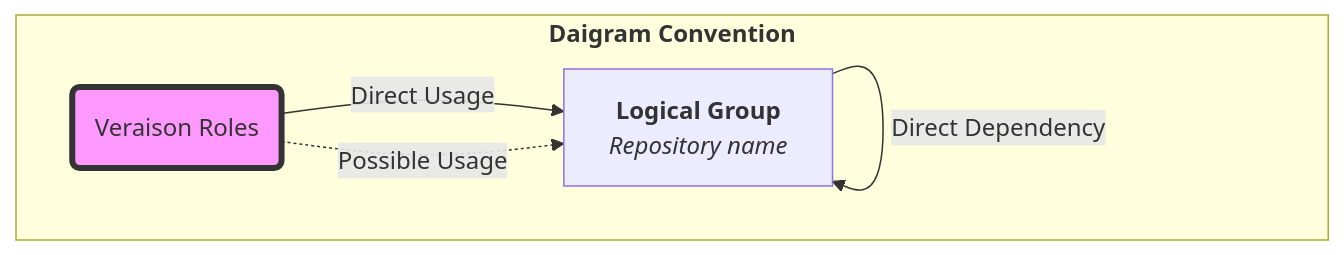
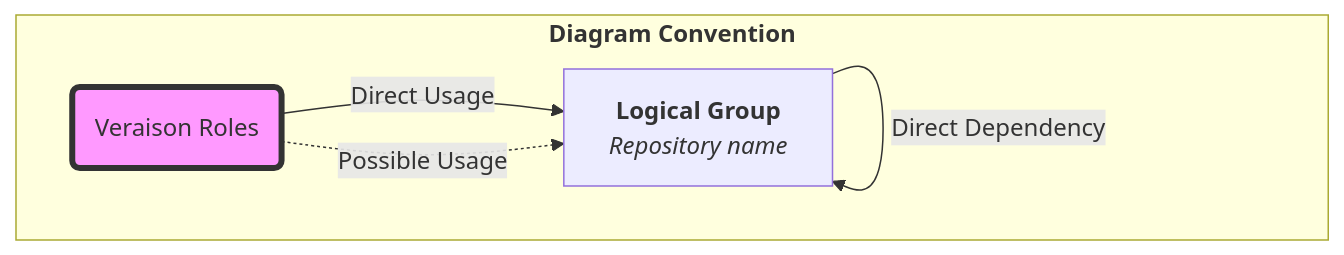
The first of 4 diagrams in repo-guide.md (veraison/docs), drawn with Mermaid before and after one commit. The commit also changed other lines of this file, not shown here.

````diff
--- a/repo-guide.md
+++ b/repo-guide.md
@@ -108,13 +147,13 @@
 ```mermaid
 flowchart TD
 VR("Veraison Roles")
 style VR fill:#f9f,stroke:#333,stroke-width:4px
 LG["<b>Logical Group</b> \n <i>Repository name</i>"]
-subgraph Daigram[<b>Daigram Convention</b>]
+subgraph Diagram[<b>Diagram Convention</b>]
 
 VR  -->| Direct Usage | LG
 VR  -.-> | Possible Usage | LG
 LG  -->| Direct Dependency | LG
 end
 
 ```
````
